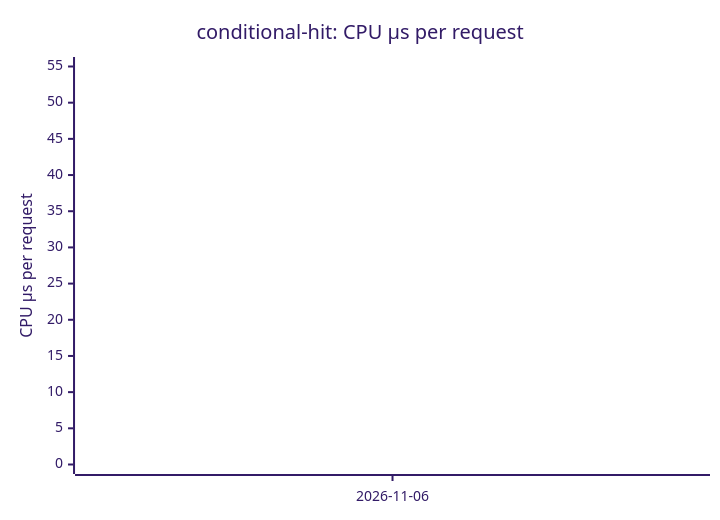
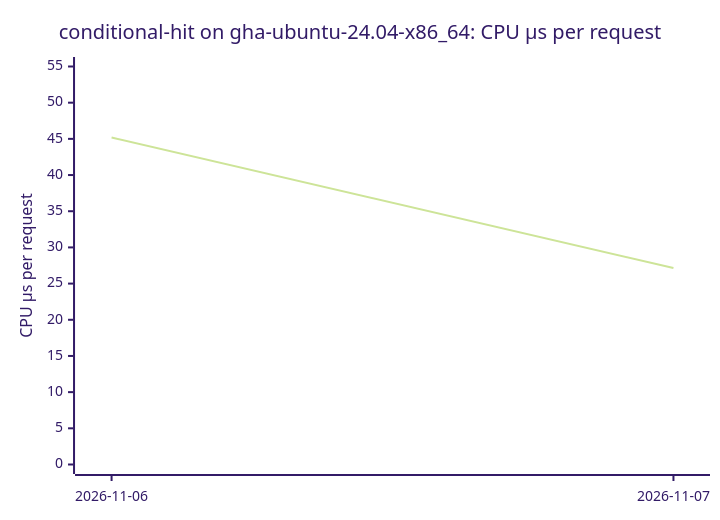
One commit to ThePixelPilgrim/durchlauferhitzer changed the sixth of 14 diagrams in BENCHMARKS.md. Above: the diagram before and after it, drawn with Mermaid (forest theme). The commit also changed other lines of this file and 1 other file, not shown here.

````diff
--- a/BENCHMARKS.md
+++ b/BENCHMARKS.md
@@ -73,7 +74,7 @@
 ```mermaid
 xychart-beta
-  title "conditional-hit: CPU µs per request"
-  x-axis ["2026-11-06"]
+  title "conditional-hit on gha-ubuntu-24.04-x86_64: CPU µs per request"
+  x-axis ["2026-11-06", "2026-11-07"]
   y-axis "CPU µs per request" 0 --> 55
-  line [45.19]
+  line [45.19, 27.16]
 ```
````
